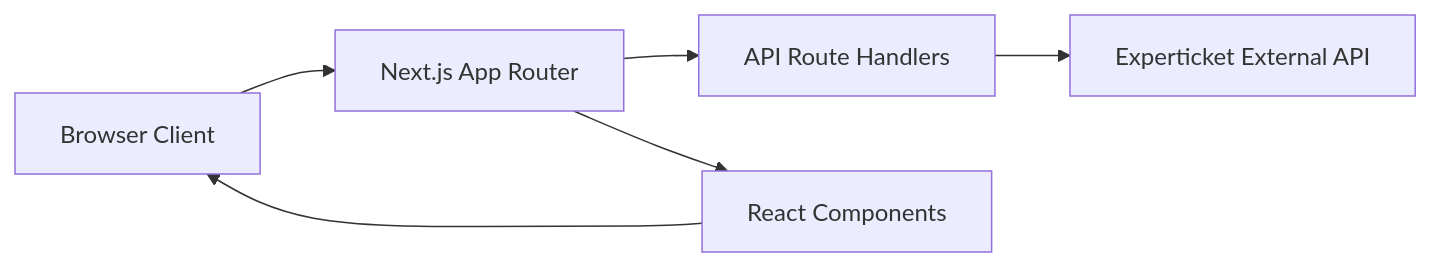
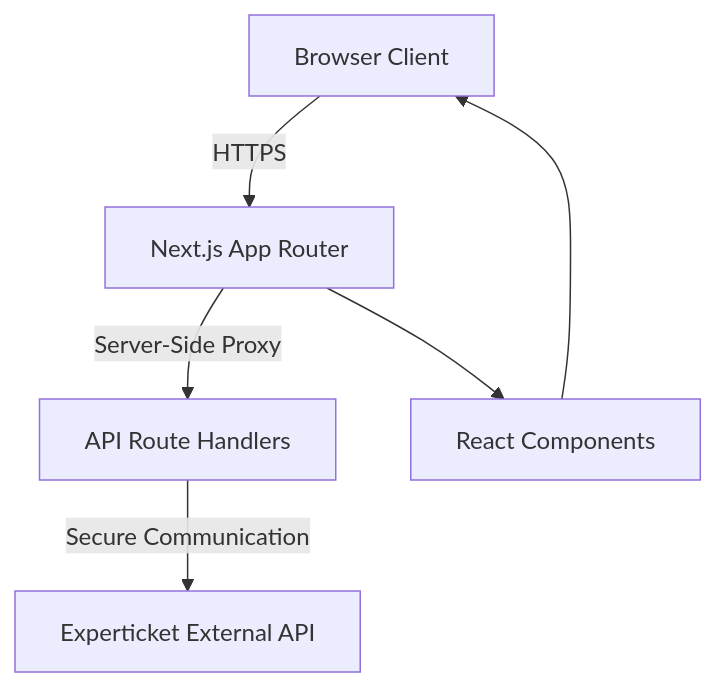
One commit to xavirodriguez/experticket-sales-app changed the diagram in README.md. Above: the diagram before and after it, drawn with Mermaid. The commit also changed other lines of this file and 2 other files, not shown here.

````diff
--- a/README.md
+++ b/README.md
@@ -15,8 +76,8 @@
 ```mermaid
-graph LR
-    A["Browser Client"] --> B["Next.js App Router"]
-    B --> C["API Route Handlers"]
-    C --> D["Experticket External API"]
-    B --> E["React Components"]
+graph TD
+    A[Browser Client] -->|HTTPS| B[Next.js App Router]
+    B -->|Server-Side Proxy| C[API Route Handlers]
+    C -->|Secure Communication| D[Experticket External API]
+    B --> E[React Components]
     E --> A
 ```
````
